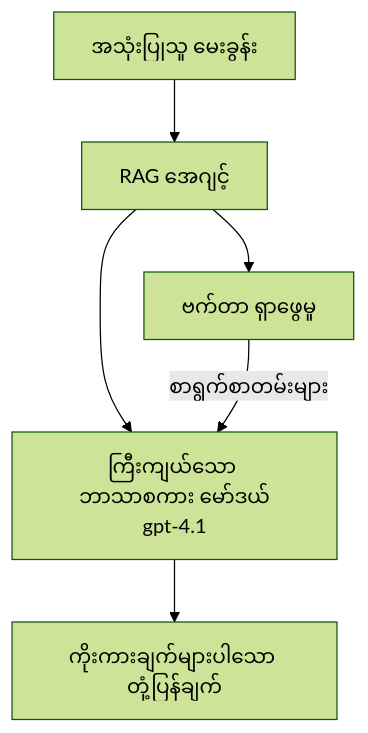
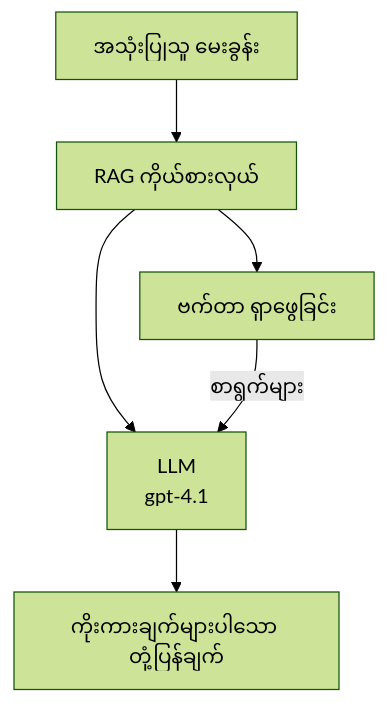
One commit to microsoft/AZD-for-beginners changed the second of 3 diagrams in translations/my/docs/chapter-02-ai-development/agents.md. Above: the diagram before and after it, drawn with Mermaid (forest theme). The commit also changed other lines of this file and 104 other files, not shown here.

````diff
--- a/translations/my/docs/chapter-02-ai-development/agents.md
+++ b/translations/my/docs/chapter-02-ai-development/agents.md
@@ -175,8 +181,8 @@
 ```mermaid
 graph TD
-    Query[အသုံးပြုသူ မေးခွန်း] --> RAG[RAG အေဂျင့်]
-    RAG --> Vector[ဗက်တာ ရှာဖွေမှု]
-    RAG --> LLM[ကြီးကျယ်သော ဘာသာစကား မော်ဒယ်<br/>gpt-4.1]
-    Vector -- စာရွက်စာတမ်းများ --> LLM
+    Query[အသုံးပြုသူ မေးခွန်း] --> RAG[RAG ကိုယ်စားလှယ်]
+    RAG --> Vector[ဗက်တာ ရှာဖွေခြင်း]
+    RAG --> LLM[LLM<br/>gpt-4.1]
+    Vector -- စာရွက်များ --> LLM
     LLM --> Response[ကိုးကားချက်များပါသော တုံ့ပြန်ချက်]
 ```
````
